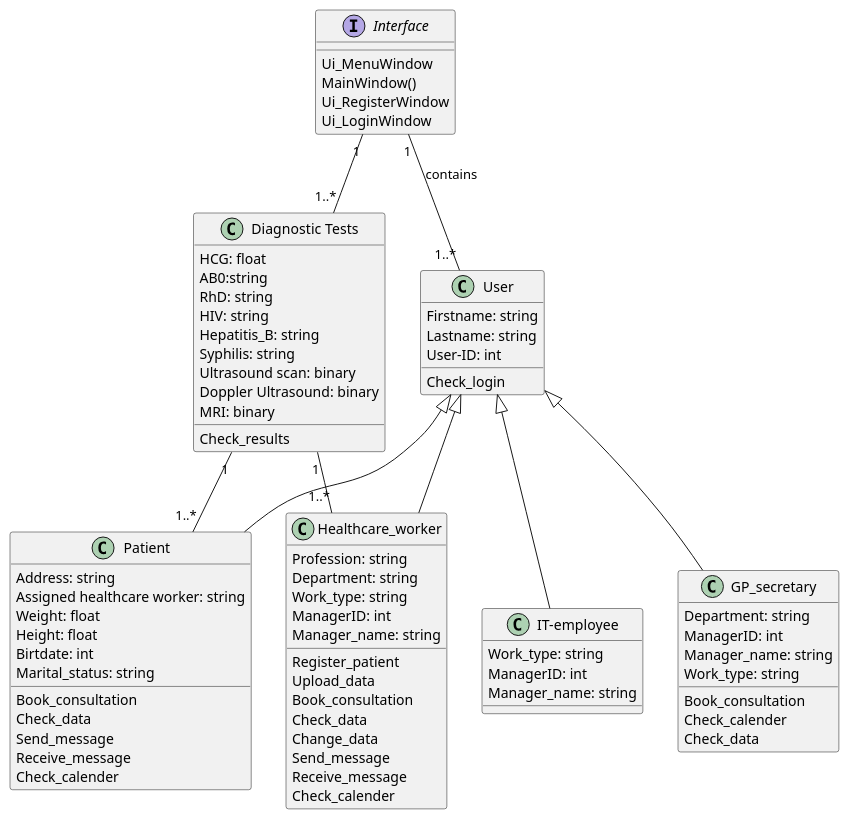
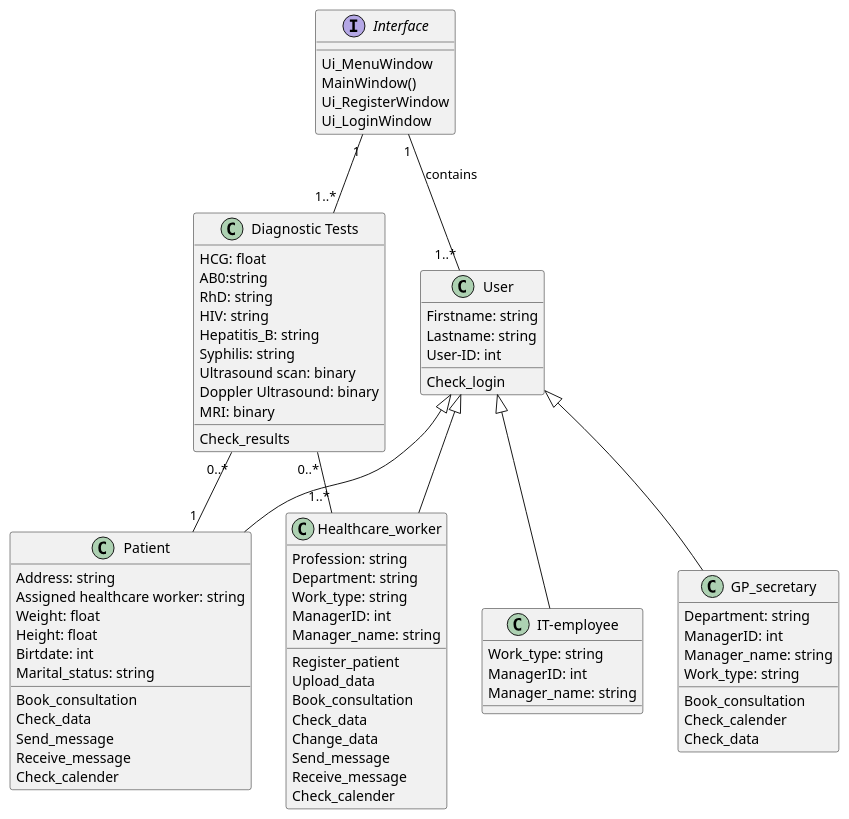
One commit to karlaegeberg/synopsis changed the diagram in Class diagram - NemGraviditet.puml. Above: the diagram before and after it, drawn with PlantUML.

```diff
--- a/Class diagram - NemGraviditet.puml
+++ b/Class diagram - NemGraviditet.puml
@@ -1,92 +1,92 @@
 @startuml
 'https://plantuml.com/class-diagram
 
 class User {
 Firstname: string
 Lastname: string
 User-ID: int
 
 {method} Check_login
 }
 Healthcare_worker -up-|> User
 class Healthcare_worker {
 Profession: string
 Department: string
 Work_type: string
 ManagerID: int
 Manager_name: string
 
 {method} Register_patient
 {method} Upload_data
 {method} Book_consultation
 {method} Check_data
 {method} Change_data
 {method} Send_message
 {method} Receive_message
 {method} Check_calender
 }
 class Patient {
 Address: string
 Assigned healthcare worker: string
 Weight: float
 Height: float
 Birtdate: int
 Marital_status: string
 {method} Book_consultation
 {method} Check_data
 {method} Send_message
 {method} Receive_message
 {method} Check_calender
 }
 Patient -up-|> User
 class GP_secretary {
 Department: string
 ManagerID: int
 Manager_name: string
 Work_type: string
 {method} Book_consultation
 {method} Check_calender
 {method} Check_data
 }
 
 
 GP_secretary -up-|> User
 interface Interface {
 
 {method} Ui_MenuWindow
 MainWindow()
 {method}Ui_RegisterWindow
 {method} Ui_LoginWindow
 }
 Interface "1"-down-"1..*" User :contains
 
 
 
 
 
 class "IT-employee" {
 Work_type: string
 ManagerID: int
 Manager_name: string
 }
 "IT-employee" -up-|> User
 
 class "Diagnostic Tests" {
 HCG: float
 AB0:string
 RhD: string
 HIV: string
 Hepatitis_B: string
 Syphilis: string
 Ultrasound scan: binary
 Doppler Ultrasound: binary
 MRI: binary
 
 {method} Check_results
 }
 
-"Diagnostic Tests" "1"--"1..*" "Patient"
-"Diagnostic Tests" "1"--"1..*" "Healthcare_worker"
+"Diagnostic Tests" "0..*"--"1" "Patient"
+"Diagnostic Tests" "0..*"--"1..*" "Healthcare_worker"
 "Interface" "1" -down- "1..*" "Diagnostic Tests"
 
 @enduml
```
